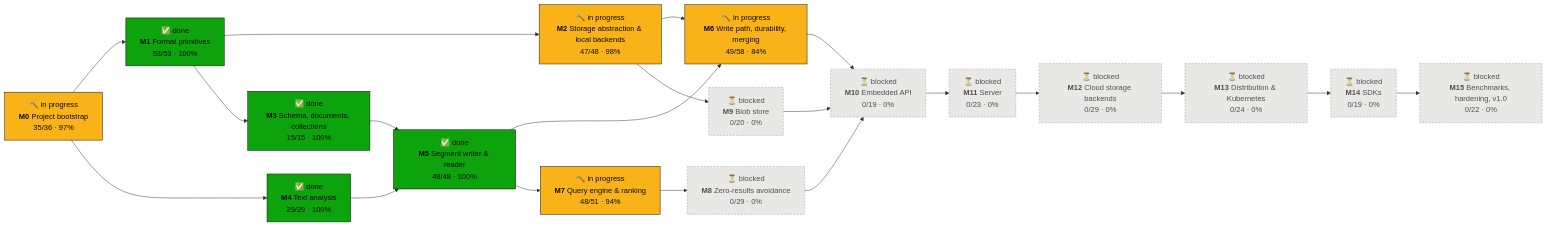
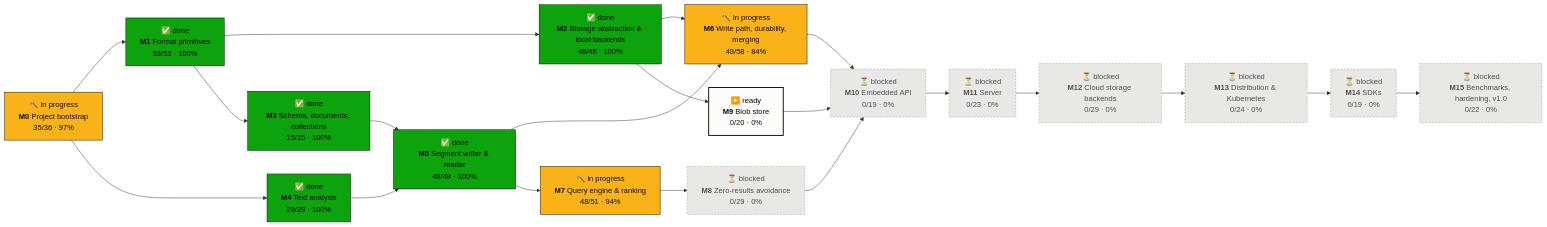
Before and after one commit to tomiok/persiaDB: the first of 2 diagrams in PROGRESS.md, drawn with Mermaid. The commit also changed other lines of this file and 10 other files, not shown here.

First line of the commit message:
fix(storage): unlock a failed put's leftover temporary file before closing it (ROADMAP 2.3.12) (#75)

````diff
--- a/PROGRESS.md
+++ b/PROGRESS.md
@@ -16,42 +16,42 @@
 ```mermaid
 flowchart LR
   M0["🔨 in progress<br/><b>M0</b> Project bootstrap<br/>35/36 · 97%"]:::doing
   M1["✅ done<br/><b>M1</b> Format primitives<br/>53/53 · 100%"]:::done
-  M2["🔨 in progress<br/><b>M2</b> Storage abstraction & local backends<br/>47/48 · 98%"]:::doing
+  M2["✅ done<br/><b>M2</b> Storage abstraction & local backends<br/>48/48 · 100%"]:::done
   M3["✅ done<br/><b>M3</b> Schema, documents, collections<br/>15/15 · 100%"]:::done
   M4["✅ done<br/><b>M4</b> Text analysis<br/>29/29 · 100%"]:::done
   M5["✅ done<br/><b>M5</b> Segment writer & reader<br/>48/48 · 100%"]:::done
   M6["🔨 in progress<br/><b>M6</b> Write path, durability, merging<br/>49/58 · 84%"]:::doing
   M7["🔨 in progress<br/><b>M7</b> Query engine & ranking<br/>48/51 · 94%"]:::doing
   M8["⏳ blocked<br/><b>M8</b> Zero-results avoidance<br/>0/29 · 0%"]:::blocked
-  M9["⏳ blocked<br/><b>M9</b> Blob store<br/>0/20 · 0%"]:::blocked
+  M9["▶️ ready<br/><b>M9</b> Blob store<br/>0/20 · 0%"]:::ready
   M10["⏳ blocked<br/><b>M10</b> Embedded API<br/>0/19 · 0%"]:::blocked
   M11["⏳ blocked<br/><b>M11</b> Server<br/>0/23 · 0%"]:::blocked
   M12["⏳ blocked<br/><b>M12</b> Cloud storage backends<br/>0/29 · 0%"]:::blocked
   M13["⏳ blocked<br/><b>M13</b> Distribution & Kubernetes<br/>0/24 · 0%"]:::blocked
   M14["⏳ blocked<br/><b>M14</b> SDKs<br/>0/19 · 0%"]:::blocked
   M15["⏳ blocked<br/><b>M15</b> Benchmarks, hardening, v1.0<br/>0/22 · 0%"]:::blocked
   M0 --> M1
   M1 --> M2
   M1 --> M3
   M0 --> M4
   M3 --> M5
   M4 --> M5
   M2 --> M6
   M5 --> M6
   M5 --> M7
   M7 --> M8
   M2 --> M9
   M6 --> M10
   M8 --> M10
   M9 --> M10
   M10 --> M11
   M11 --> M12
   M12 --> M13
   M13 --> M14
   M14 --> M15
   classDef done fill:#0ca30c,stroke:#0b0b0b,color:#0b0b0b
   classDef doing fill:#fab219,stroke:#0b0b0b,color:#0b0b0b
   classDef ready fill:#fcfcfb,stroke:#0b0b0b,stroke-width:2px,color:#0b0b0b
   classDef blocked fill:#e8e8e6,stroke:#9a9a96,stroke-dasharray:4 3,color:#52514e
 ```
````
